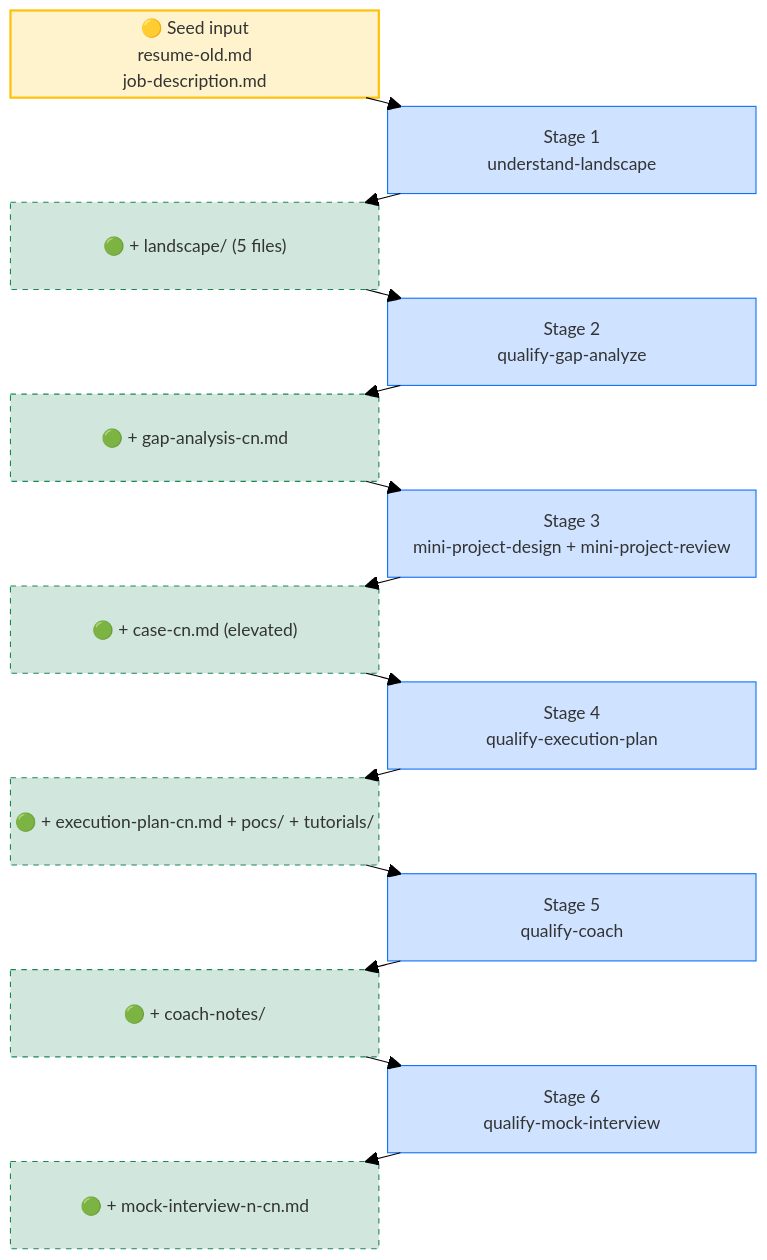
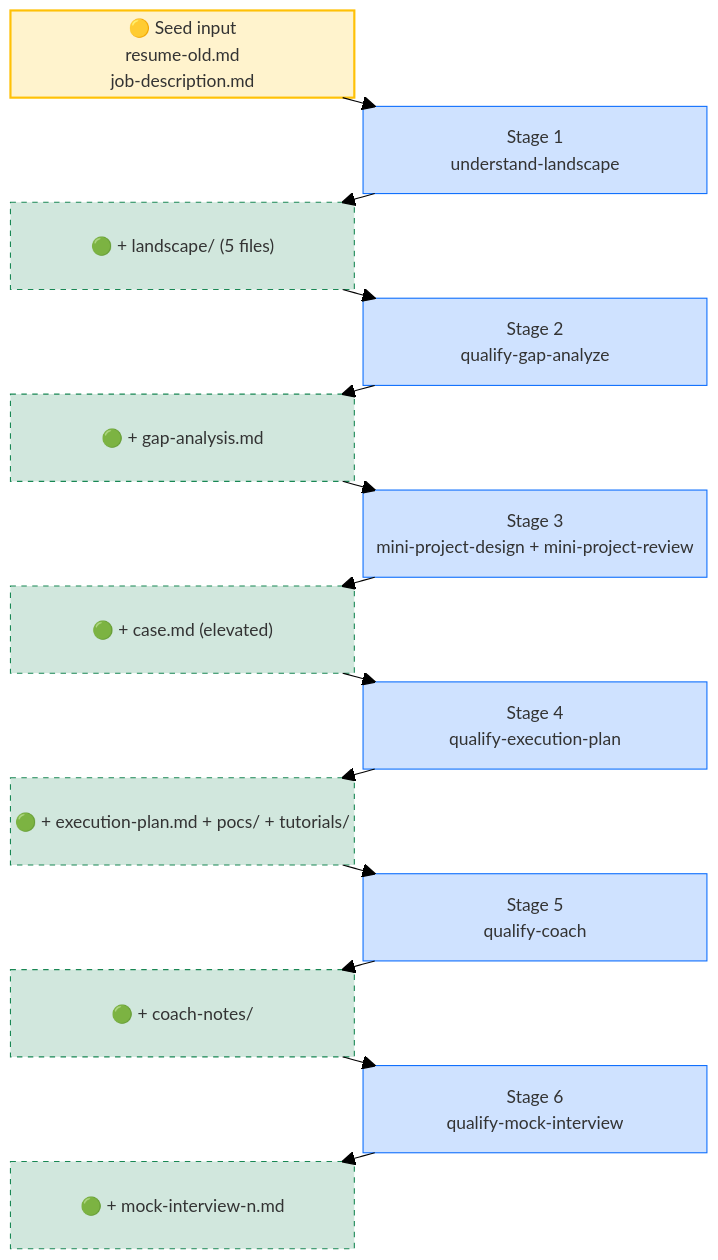
The first of 2 diagrams in examples/07-elevate-existing-project/README.md (YingqiangYuan/Resume_Matrix), drawn with Mermaid (forest theme) before and after one commit. The commit also changed other lines of this file and 4 other files, not shown here.

````diff
--- a/examples/07-elevate-existing-project/README.md
+++ b/examples/07-elevate-existing-project/README.md
@@ -48,44 +48,44 @@
 ```mermaid
 block-beta
 columns 2
  IN["🟡 Seed input<br/>resume-old.md<br/>job-description.md"] space
  space S1["Stage 1<br/>understand-landscape"]
  L1["🟢 + landscape/ (5 files)"] space
  space S2["Stage 2<br/>qualify-gap-analyze"]
- L2["🟢 + gap-analysis-cn.md"] space
+ L2["🟢 + gap-analysis.md"] space
  space S3["Stage 3<br/>mini-project-design + mini-project-review"]
- L3["🟢 + case-cn.md (elevated)"] space
+ L3["🟢 + case.md (elevated)"] space
  space S4["Stage 4<br/>qualify-execution-plan"]
- L4["🟢 + execution-plan-cn.md + pocs/ + tutorials/"] space
+ L4["🟢 + execution-plan.md + pocs/ + tutorials/"] space
  space S5["Stage 5<br/>qualify-coach"]
  L5["🟢 + coach-notes/"] space
  space S6["Stage 6<br/>qualify-mock-interview"]
- L6["🟢 + mock-interview-n-cn.md"] space
+ L6["🟢 + mock-interview-n.md"] space
 
  IN --> S1
  S1 --> L1
  L1 --> S2
  S2 --> L2
  L2 --> S3
  S3 --> L3
  L3 --> S4
  S4 --> L4
  L4 --> S5
  S5 --> L5
  L5 --> S6
  S6 --> L6
 
  style IN fill:#fff3cd,stroke:#ffc107,stroke-width:2px
  style L1 fill:#d1e7dd,stroke:#198754,stroke-dasharray: 5 5
  style L2 fill:#d1e7dd,stroke:#198754,stroke-dasharray: 5 5
  style L3 fill:#d1e7dd,stroke:#198754,stroke-dasharray: 5 5
  style L4 fill:#d1e7dd,stroke:#198754,stroke-dasharray: 5 5
  style L5 fill:#d1e7dd,stroke:#198754,stroke-dasharray: 5 5
  style L6 fill:#d1e7dd,stroke:#198754,stroke-dasharray: 5 5
  style S1 fill:#cfe2ff,stroke:#0d6efd
  style S2 fill:#cfe2ff,stroke:#0d6efd
  style S3 fill:#cfe2ff,stroke:#0d6efd
  style S4 fill:#cfe2ff,stroke:#0d6efd
  style S5 fill:#cfe2ff,stroke:#0d6efd
  style S6 fill:#cfe2ff,stroke:#0d6efd
 ```
````
